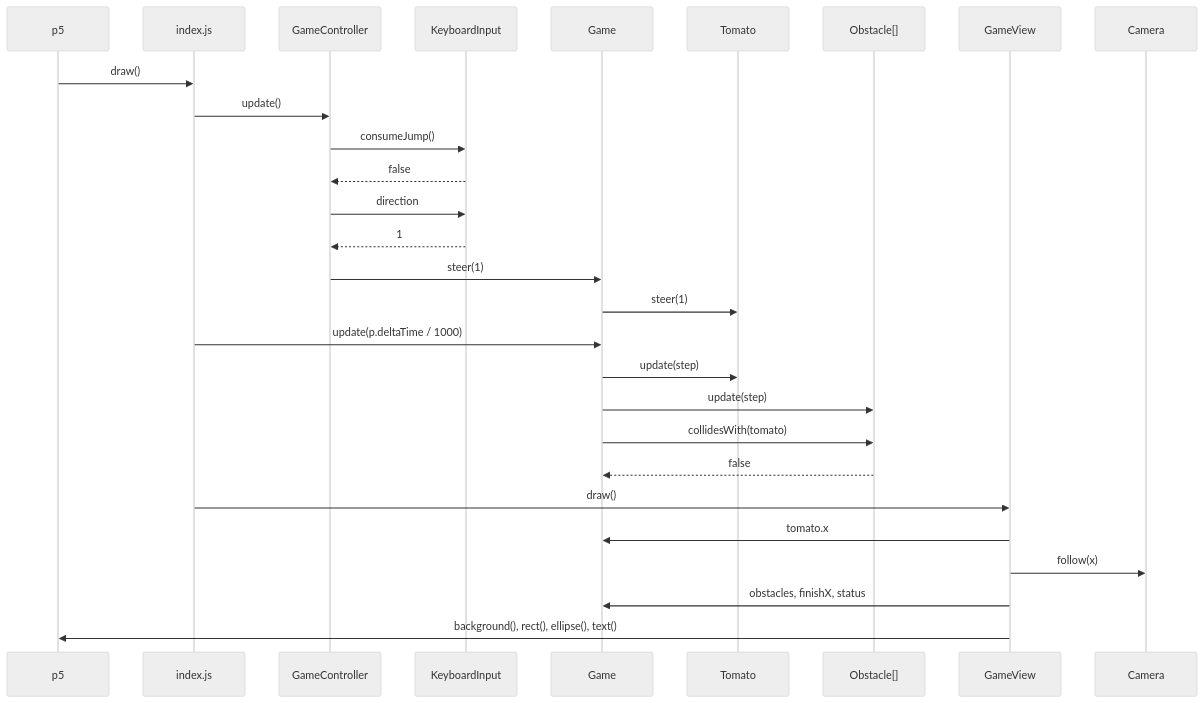
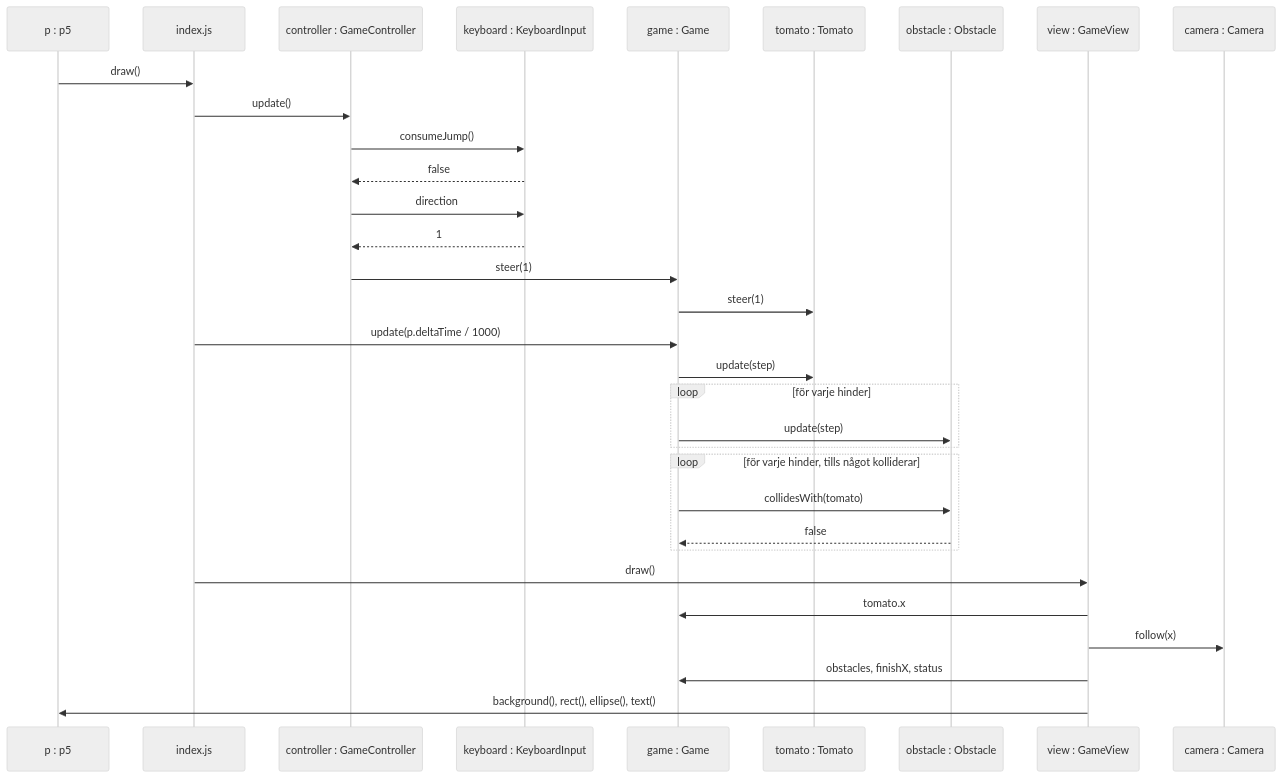
The sixth of 9 diagrams in MVC_DESIGN.md (1dv610/ripe-tomato), drawn with Mermaid (neutral theme) before and after one commit. The commit also changed other lines of this file, not shown here.

First line of the commit message:
Name sequence diagram lifelines as instances in UML notation

````diff
--- a/MVC_DESIGN.md
+++ b/MVC_DESIGN.md
@@ -752,34 +757,38 @@
 ```mermaid
 sequenceDiagram
-    participant P as p5
+    participant P as p : p5
     participant S as index.js
-    participant C as GameController
-    participant K as KeyboardInput
-    participant G as Game
-    participant T as Tomato
-    participant O as Obstacle[]
-    participant V as GameView
-    participant Cam as Camera
+    participant C as controller : GameController
+    participant K as keyboard : KeyboardInput
+    participant G as game : Game
+    participant T as tomato : Tomato
+    participant O as obstacle : Obstacle
+    participant V as view : GameView
+    participant Cam as camera : Camera
 
     P->>S: draw()
 
     S->>C: update()
     C->>K: consumeJump()
     K-->>C: false
     C->>K: direction
     K-->>C: 1
     C->>G: steer(1)
     G->>T: steer(1)
 
     S->>G: update(p.deltaTime / 1000)
     G->>T: update(step)
-    G->>O: update(step)
-    G->>O: collidesWith(tomato)
-    O-->>G: false
+    loop för varje hinder
+        G->>O: update(step)
+    end
+    loop för varje hinder, tills något kolliderar
+        G->>O: collidesWith(tomato)
+        O-->>G: false
+    end
 
     S->>V: draw()
     V->>G: tomato.x
     V->>Cam: follow(x)
     V->>G: obstacles, finishX, status
     V->>P: background(), rect(), ellipse(), text()
 ```
````
